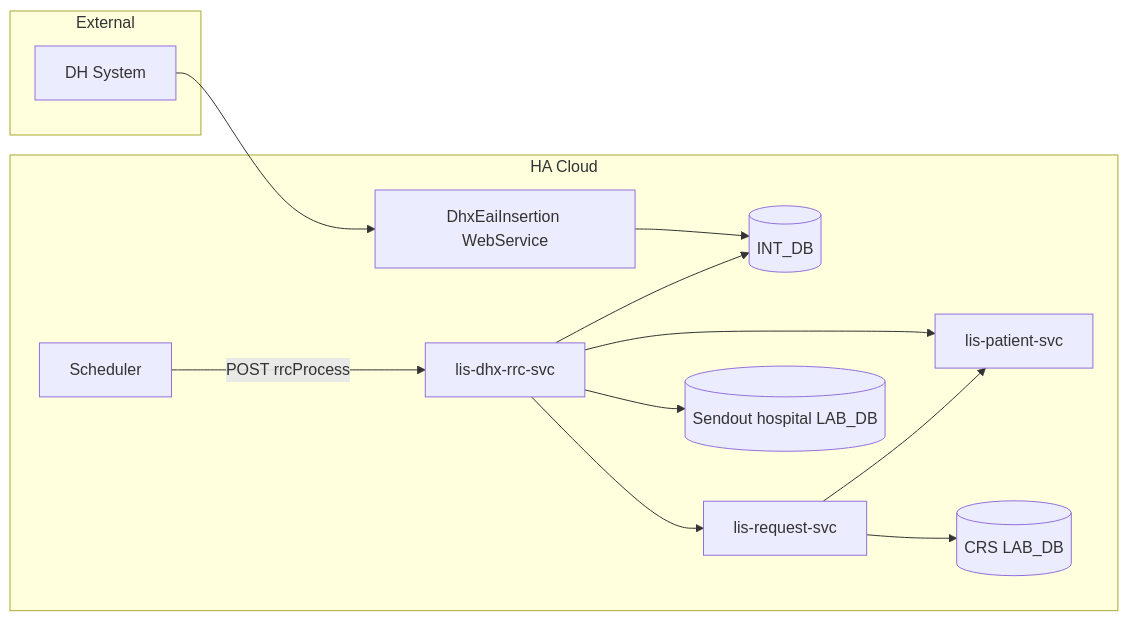
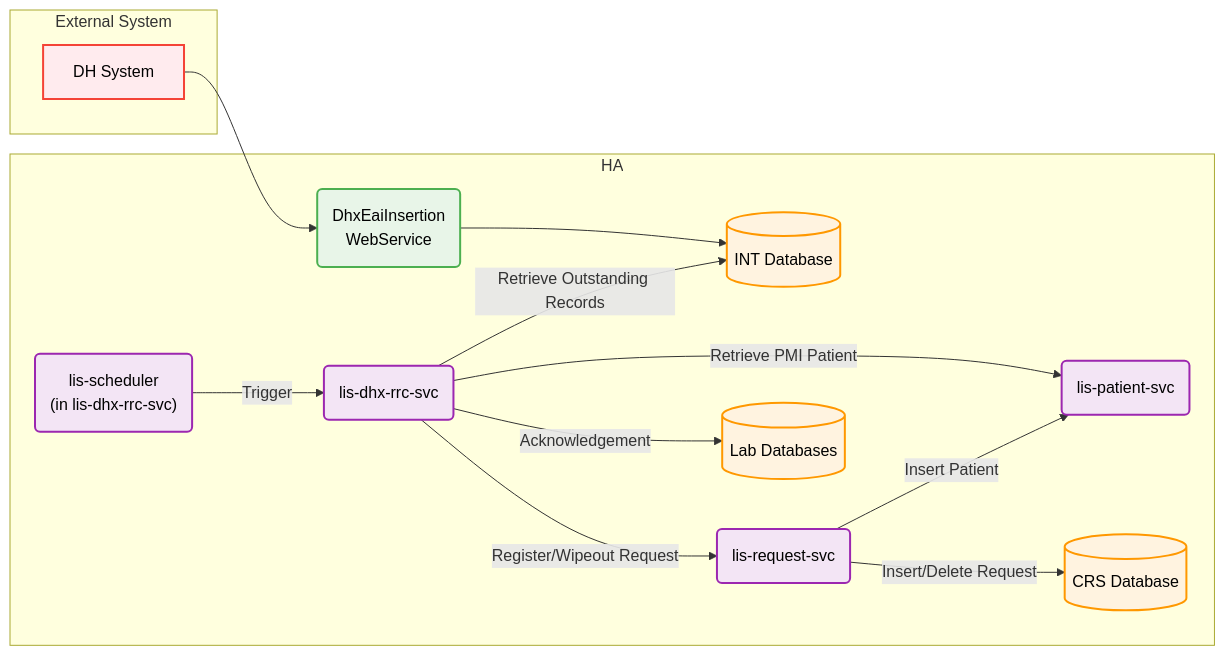
The third of 3 diagrams in LIS/JIRA/Develop cloud application `lis-dhx-rrc-svc` to replace the legacy RRC worker and support dynamic Sybase-PostgreSQL database connectivity during DB migration.md (DragonChong/HA-Notes), drawn with Mermaid before and after one commit. The commit also changed other lines of this file, not shown here.

Commit message:
vault backup: 2026-07-16 15:51:39

````diff
--- a/LIS/JIRA/Develop cloud application `lis-dhx-rrc-svc` to replace the legacy RRC worker and support dynamic Sybase-PostgreSQL database connectivity during DB migration.md
+++ b/LIS/JIRA/Develop cloud application `lis-dhx-rrc-svc` to replace the legacy RRC worker and support dynamic Sybase-PostgreSQL database connectivity during DB migration.md
@@ -191,24 +191,36 @@
 ```mermaid
 flowchart LR
-    subgraph External["External"]
-        DH["DH System"]
+    subgraph External["External System"]
+            DH["DH System"]
     end
-    subgraph HA["HA Cloud"]
-        WS["DhxEaiInsertion WebService"]
-        INT_DB[("INT_DB")]
-        SCH["Scheduler"]
-        RRC["lis-dhx-rrc-svc"]
-        PAT["lis-patient-svc"]
-        REQ["lis-request-svc"]
-        CRS_DB[("CRS LAB_DB")]
-        HOSP_DB[("Sendout hospital LAB_DB")]
+    subgraph Internal["HA"]
+            WS("DhxEaiInsertion <br> WebService")
+            INT_DB[("INT Database")]
+            SCH_SVC("lis-scheduler<br>(in lis-dhx-rrc-svc)")
+            RRC_SVC("lis-dhx-rrc-svc")
+            PAT_SVC("lis-patient-svc")
+            REQ_SVC("lis-request-svc")
+            CRS_DB[("CRS Database")]
+            LAB_DB[("Lab Databases")]
     end
-    DH --> WS --> INT_DB
-    SCH -->|POST rrcProcess| RRC
-    RRC --> INT_DB
-    RRC --> PAT
-    RRC --> REQ
-    REQ --> CRS_DB
-    REQ --> PAT
-    RRC --> HOSP_DB
+    DH --> WS
+    WS --> INT_DB
+    SCH_SVC -- Trigger--> RRC_SVC
+    RRC_SVC -- Retrieve Outstanding Records --> INT_DB
+    RRC_SVC -- Retrieve PMI Patient --> PAT_SVC
+    RRC_SVC -- Register/Wipeout Request --> REQ_SVC
+    REQ_SVC -- Insert/Delete Request --> CRS_DB
+    REQ_SVC -- Insert Patient --> PAT_SVC
+    RRC_SVC -- Acknowledgement --> LAB_DB
+
+    classDef external fill:#ffebee,stroke:#f44336,stroke-width:2px,color:#000
+    classDef internal fill:#e3f2fd,stroke:#2196f3,stroke-width:2px,color:#000
+    classDef webservice fill:#e8f5e8,stroke:#4caf50,stroke-width:2px,color:#000
+    classDef database fill:#fff3e0,stroke:#ff9800,stroke-width:2px,color:#000
+    classDef service fill:#f3e5f5,stroke:#9c27b0,stroke-width:2px,color:#000
+
+    class DH external
+    class WS webservice
+    class INT_DB,CRS_DB,LAB_DB database
+    class RRC_SVC,PAT_SVC,REQ_SVC,SCH_SVC service
 ```
````
